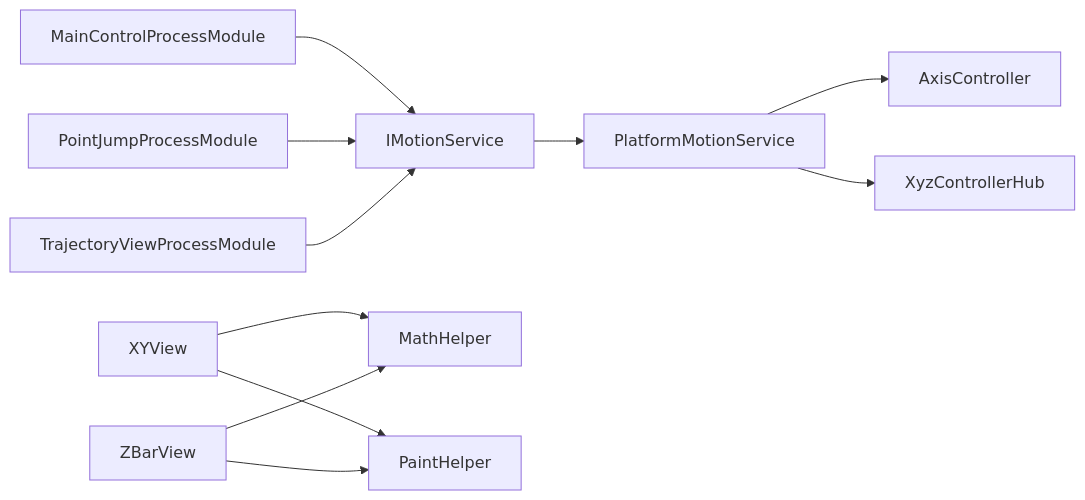
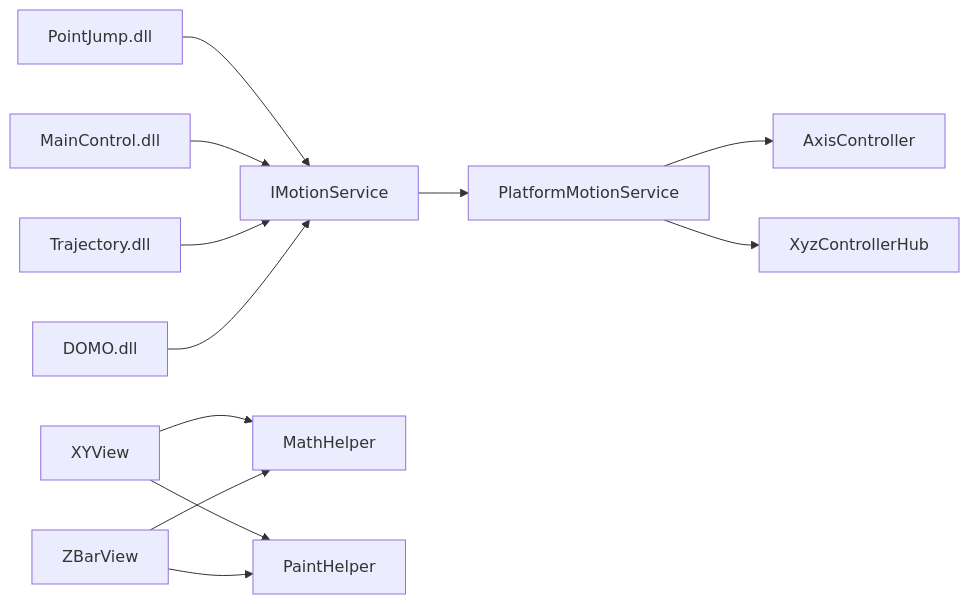
The eighth of 8 diagrams in .qoder/repowiki/zh/content/架构设计/模块化架构设计.md (fuweiq94-cloud/339918076), drawn with Mermaid before and after one commit. The commit also changed other lines of this file and 203 other files, not shown here.

````diff
--- a/.qoder/repowiki/zh/content/架构设计/模块化架构设计.md
+++ b/.qoder/repowiki/zh/content/架构设计/模块化架构设计.md
@@ -318,13 +378,14 @@
 ```mermaid
 graph LR
-MC["MainControlProcessModule"] --> IMS["IMotionService"]
-PJ["PointJumpProcessModule"] --> IMS
-TR["TrajectoryViewProcessModule"] --> IMS
+PJ["PointJump.dll"] --> IMS["IMotionService"]
+MC["MainControl.dll"] --> IMS
+TR["Trajectory.dll"] --> IMS
+DM["DOMO.dll"] --> IMS
 IMS --> PMS["PlatformMotionService"]
 PMS --> AC["AxisController"]
 PMS --> XH["XyzControllerHub"]
 XYV["XYView"] --> MH["MathHelper"]
 XYV --> PH["PaintHelper"]
 ZBV["ZBarView"] --> MH
 ZBV --> PH
 ```
````
